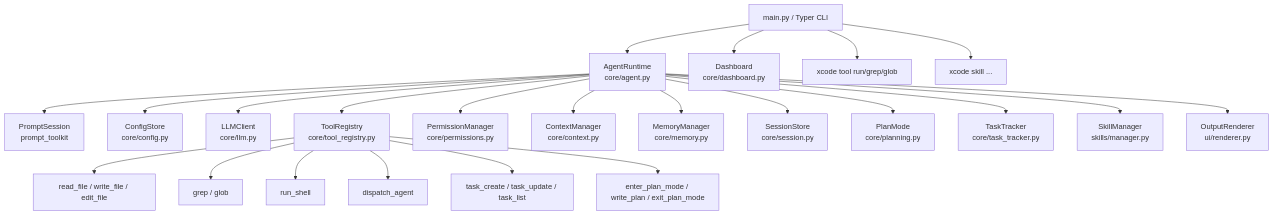
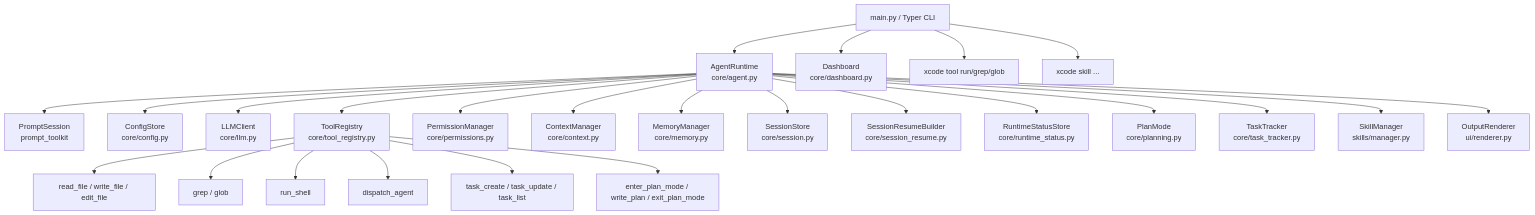
Before and after one commit to acofGDUT/Xcode: the first of 3 diagrams in docs/current/ARCHITECTURE.md, drawn with Mermaid. The commit also changed other lines of this file and 21 other files, not shown here.

Commit message:
feat: add session resume checkpoints

````diff
--- a/docs/current/ARCHITECTURE.md
+++ b/docs/current/ARCHITECTURE.md
@@ -13,27 +13,29 @@
 ```mermaid
 flowchart TD
     Main["main.py / Typer CLI"] --> Runtime["AgentRuntime<br/>core/agent.py"]
     Main --> Dashboard["Dashboard<br/>core/dashboard.py"]
     Main --> ToolCLI["xcode tool run/grep/glob"]
     Main --> SkillCLI["xcode skill ..."]
 
     Runtime --> Prompt["PromptSession<br/>prompt_toolkit"]
     Runtime --> Config["ConfigStore<br/>core/config.py"]
     Runtime --> LLM["LLMClient<br/>core/llm.py"]
     Runtime --> Registry["ToolRegistry<br/>core/tool_registry.py"]
     Runtime --> Permissions["PermissionManager<br/>core/permissions.py"]
     Runtime --> Context["ContextManager<br/>core/context.py"]
     Runtime --> Memory["MemoryManager<br/>core/memory.py"]
     Runtime --> Sessions["SessionStore<br/>core/session.py"]
+    Runtime --> Resume["SessionResumeBuilder<br/>core/session_resume.py"]
+    Runtime --> Status["RuntimeStatusStore<br/>core/runtime_status.py"]
     Runtime --> Plan["PlanMode<br/>core/planning.py"]
     Runtime --> Tasks["TaskTracker<br/>core/task_tracker.py"]
     Runtime --> Skills["SkillManager<br/>skills/manager.py"]
     Runtime --> Renderer["OutputRenderer<br/>ui/renderer.py"]
 
     Registry --> FileTools["read_file / write_file / edit_file"]
     Registry --> SearchTools["grep / glob"]
     Registry --> ShellTool["run_shell"]
     Registry --> Dispatch["dispatch_agent"]
     Registry --> TaskTools["task_create / task_update / task_list"]
     Registry --> PlanTools["enter_plan_mode / write_plan / exit_plan_mode"]
 ```
````
